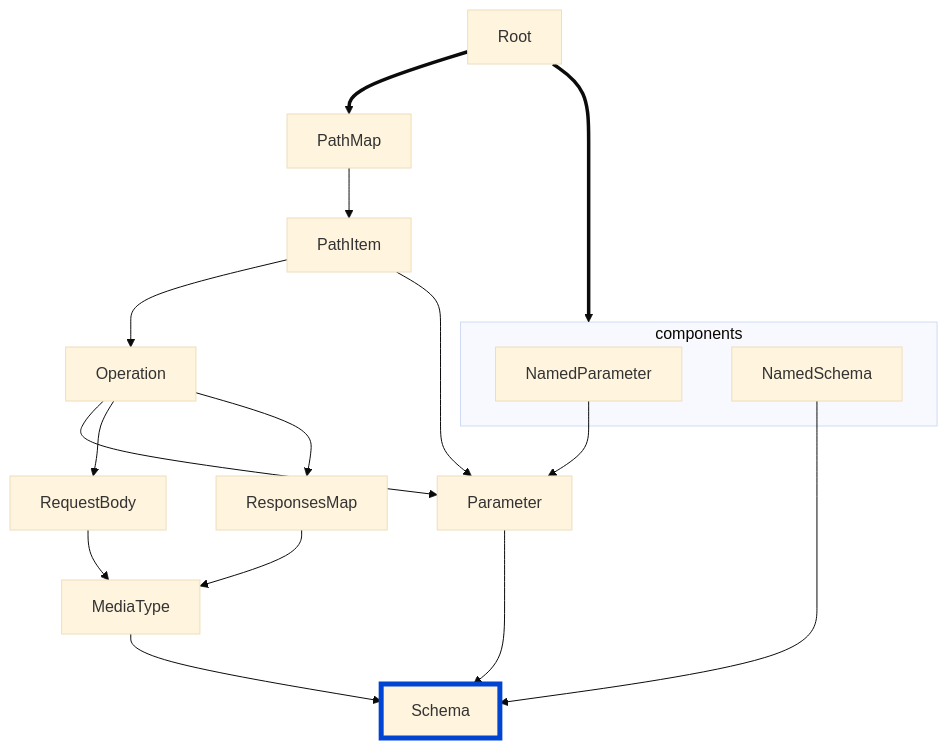
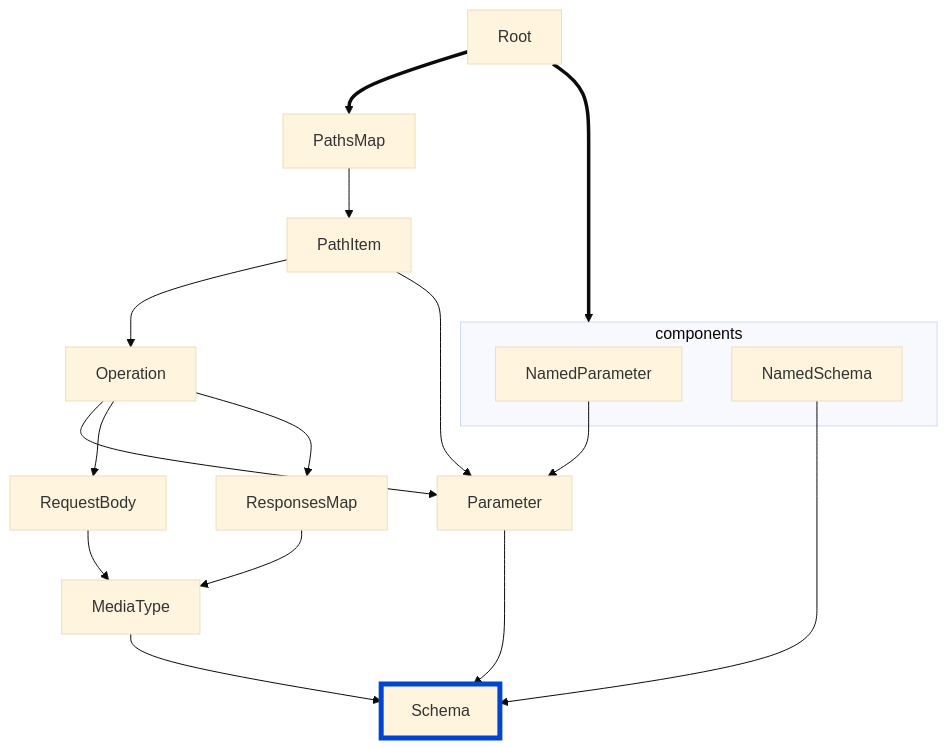
The diagram in docs/rules/no-enum-type-mismatch.md (Redocly/redocly-cli), drawn with Mermaid (base theme) before and after one commit. The commit also changed 32 other files, not shown here.

````diff
--- a/docs/rules/no-enum-type-mismatch.md
+++ b/docs/rules/no-enum-type-mismatch.md
@@ -12,18 +12,18 @@
 ```mermaid
 flowchart TD
 
-Root ==> PathMap --> PathItem --> Operation --> Parameter --> Schema
+Root ==> PathsMap --> PathItem --> Operation --> Parameter --> Schema
 PathItem --> Parameter
 NamedParameter --> Parameter
 Operation --> RequestBody --> MediaType --> Schema
 Operation --> ResponsesMap --> MediaType
 NamedSchema --> Schema
 Root ==> components
 
 subgraph components
 NamedParameter
 NamedSchema
 end
 
 style Schema fill:#codaf9,stroke:#0044d4,stroke-width:5px
 ```
````
